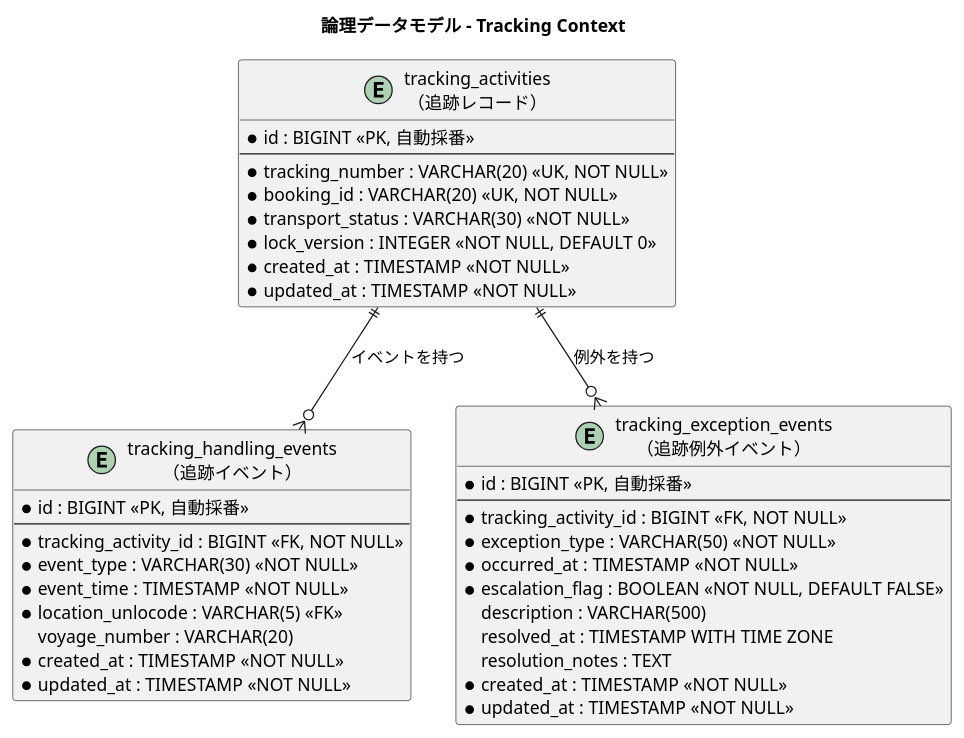
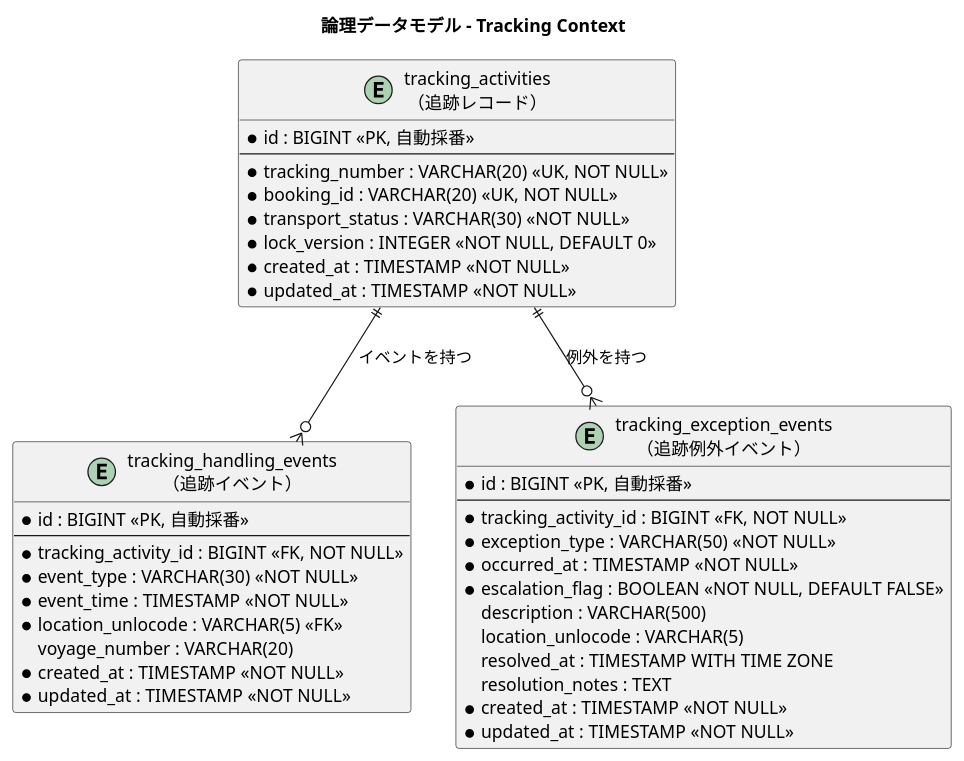
Before and after one commit to k2works/case-study-cargo-tracker: the sixth of 10 diagrams in docs/design/data-model.md, drawn with PlantUML. The commit also changed other lines of this file and 3 other files, not shown here.

````diff
--- a/docs/design/data-model.md
+++ b/docs/design/data-model.md
@@ -471,46 +472,47 @@
 ```plantuml
 @startuml
 title 論理データモデル - Tracking Context
 
 entity "tracking_activities\n（追跡レコード）" as tracking_activities {
   * id : BIGINT <<PK, 自動採番>>
   --
   * tracking_number : VARCHAR(20) <<UK, NOT NULL>>
   * booking_id : VARCHAR(20) <<UK, NOT NULL>>
   * transport_status : VARCHAR(30) <<NOT NULL>>
   * lock_version : INTEGER <<NOT NULL, DEFAULT 0>>
   * created_at : TIMESTAMP <<NOT NULL>>
   * updated_at : TIMESTAMP <<NOT NULL>>
 }
 
 entity "tracking_handling_events\n（追跡イベント）" as tracking_handling_events {
   * id : BIGINT <<PK, 自動採番>>
   --
   * tracking_activity_id : BIGINT <<FK, NOT NULL>>
   * event_type : VARCHAR(30) <<NOT NULL>>
   * event_time : TIMESTAMP <<NOT NULL>>
   * location_unlocode : VARCHAR(5) <<FK>>
   voyage_number : VARCHAR(20)
   * created_at : TIMESTAMP <<NOT NULL>>
   * updated_at : TIMESTAMP <<NOT NULL>>
 }
 
 entity "tracking_exception_events\n（追跡例外イベント）" as tracking_exception_events {
   * id : BIGINT <<PK, 自動採番>>
   --
   * tracking_activity_id : BIGINT <<FK, NOT NULL>>
   * exception_type : VARCHAR(50) <<NOT NULL>>
   * occurred_at : TIMESTAMP <<NOT NULL>>
   * escalation_flag : BOOLEAN <<NOT NULL, DEFAULT FALSE>>
   description : VARCHAR(500)
+  location_unlocode : VARCHAR(5)
   resolved_at : TIMESTAMP WITH TIME ZONE
   resolution_notes : TEXT
   * created_at : TIMESTAMP <<NOT NULL>>
   * updated_at : TIMESTAMP <<NOT NULL>>
 }
 
 tracking_activities ||--o{ tracking_handling_events : "イベントを持つ"
 tracking_activities ||--o{ tracking_exception_events : "例外を持つ"
 
 @enduml
 ```
````
